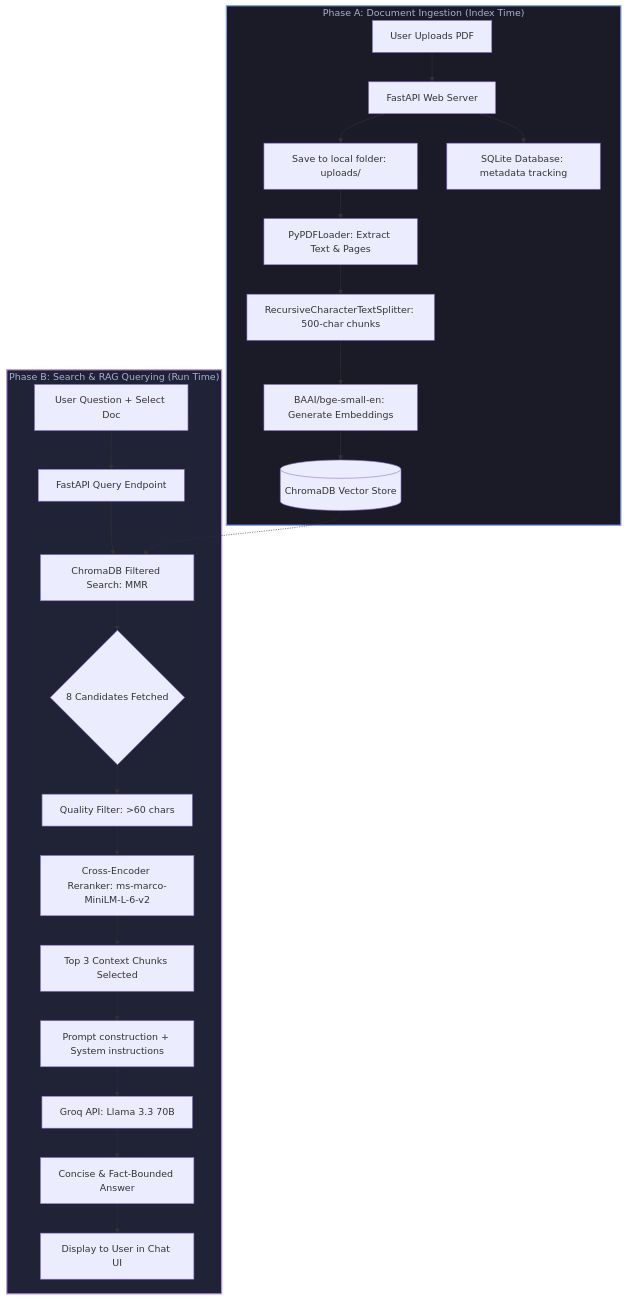
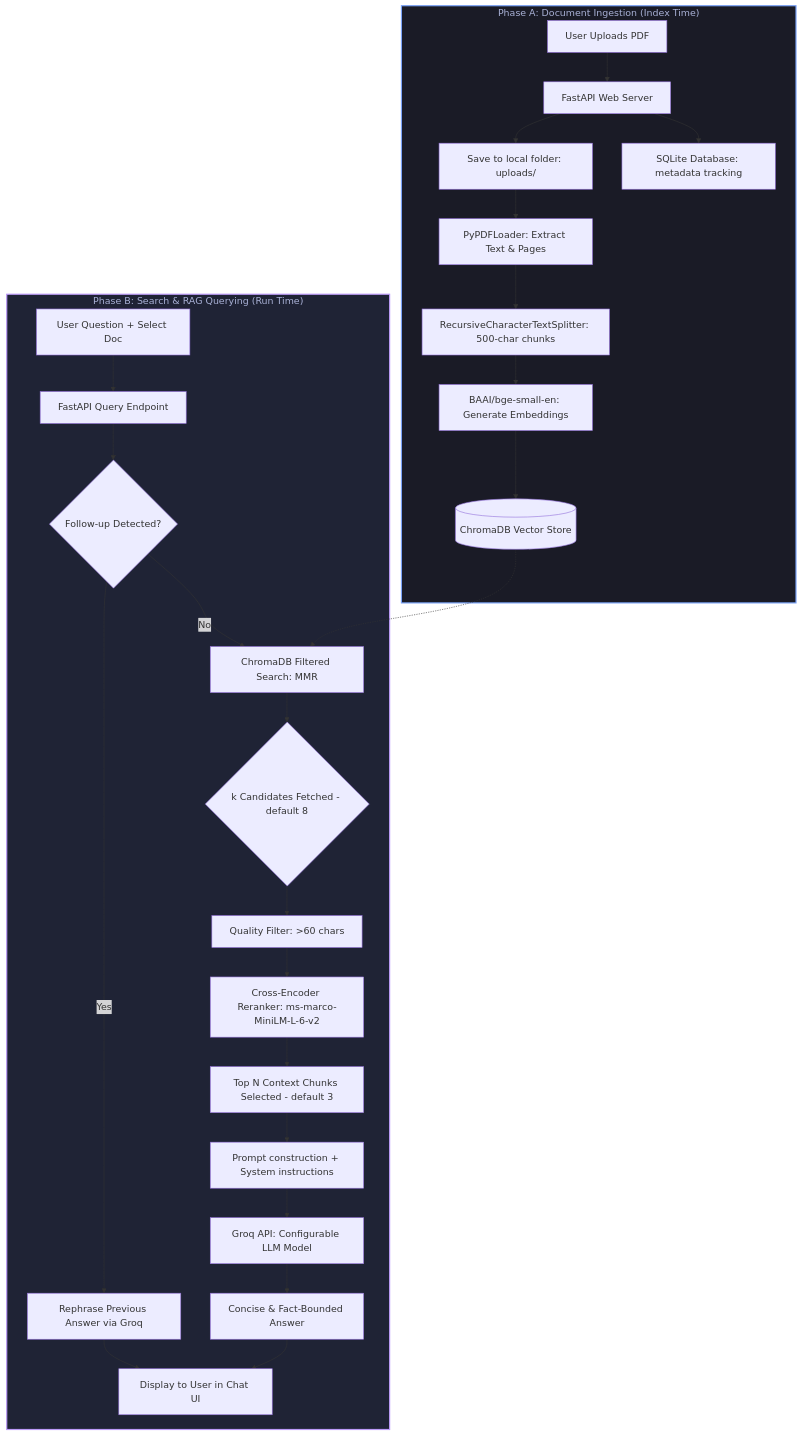
Before and after one commit to mukeshpathania/PDF-Chat-Bot-Using-RAG: the diagram in README.md, drawn with Mermaid. The commit also changed other lines of this file, not shown here.

````diff
--- a/README.md
+++ b/README.md
@@ -13,29 +13,32 @@
 ```mermaid
 flowchart TD
     subgraph Ingestion ["Phase A: Document Ingestion (Index Time)"]
         A[User Uploads PDF] --> B[FastAPI Web Server]
         B --> C[Save to local folder: uploads/]
         B --> D[SQLite Database: metadata tracking]
         C --> E[PyPDFLoader: Extract Text & Pages]
         E --> F[RecursiveCharacterTextSplitter: 500-char chunks]
         F --> G[BAAI/bge-small-en: Generate Embeddings]
         G --> H[(ChromaDB Vector Store)]
     end
 
     subgraph Querying ["Phase B: Search & RAG Querying (Run Time)"]
         I[User Question + Select Doc] --> J[FastAPI Query Endpoint]
-        J --> K[ChromaDB Filtered Search: MMR]
+        J --> J2{Follow-up Detected?}
+        J2 -- Yes --> J3[Rephrase Previous Answer via Groq]
+        J3 --> S[Display to User in Chat UI]
+        J2 -- No --> K[ChromaDB Filtered Search: MMR]
         H -.-> K
-        K --> L{8 Candidates Fetched}
+        K --> L{k Candidates Fetched - default 8}
         L --> M[Quality Filter: >60 chars]
         M --> N[Cross-Encoder Reranker: ms-marco-MiniLM-L-6-v2]
-        N --> O[Top 3 Context Chunks Selected]
+        N --> O[Top N Context Chunks Selected - default 3]
         O --> P[Prompt construction + System instructions]
-        P --> Q[Groq API: Llama 3.3 70B]
+        P --> Q[Groq API: Configurable LLM Model]
         Q --> R[Concise & Fact-Bounded Answer]
-        R --> S[Display to User in Chat UI]
+        R --> S
     end
 
     style Ingestion fill:#1a1b26,stroke:#7aa2f7,stroke-width:2px,color:#a9b1d6
     style Querying fill:#1f2335,stroke:#bb9af7,stroke-width:2px,color:#a9b1d6
 ```
````
